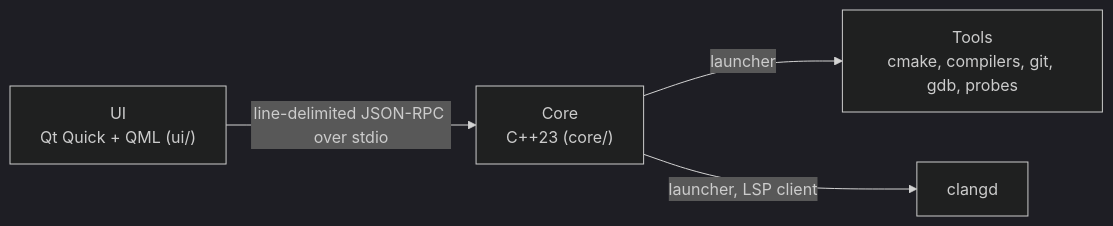
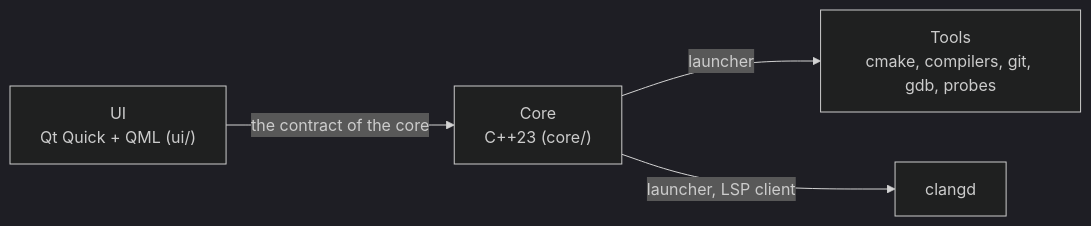
One commit to ViktorWalde/KineinVectis changed the third of 3 diagrams in README.md. Above: the diagram before and after it, drawn with Mermaid (dark theme). The commit also changed other lines of this file and 12 other files, not shown here.

````diff
--- a/README.md
+++ b/README.md
@@ -85,6 +80,6 @@
 ```mermaid
 flowchart LR
-    UI["UI<br/>Qt Quick + QML (ui/)"] -->|line-delimited JSON-RPC over stdio| CORE["Core<br/>C++23 (core/)"]
+    UI["UI<br/>Qt Quick + QML (ui/)"] -->|the contract of the core| CORE["Core<br/>C++23 (core/)"]
     CORE -->|launcher| TOOLS["Tools<br/>cmake, compilers, git, gdb, probes"]
     CORE -->|launcher, LSP client| CLANGD["clangd"]
 ```
````
